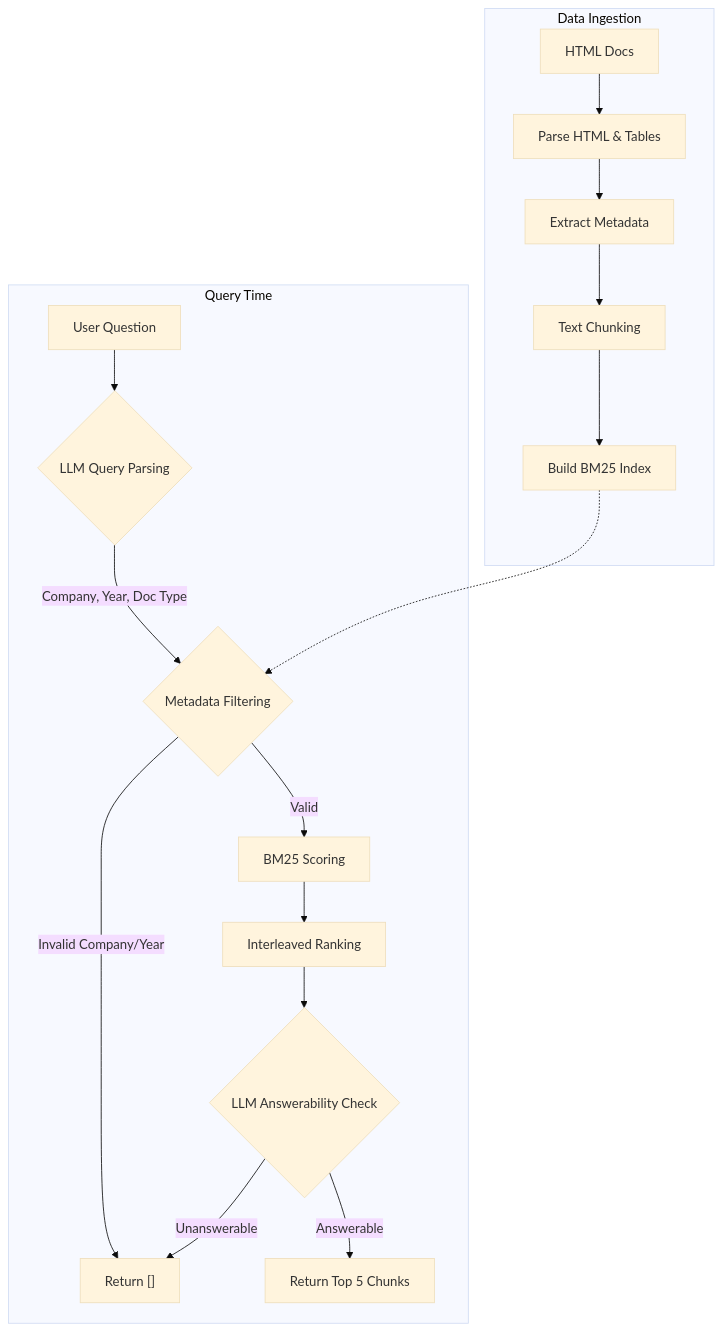
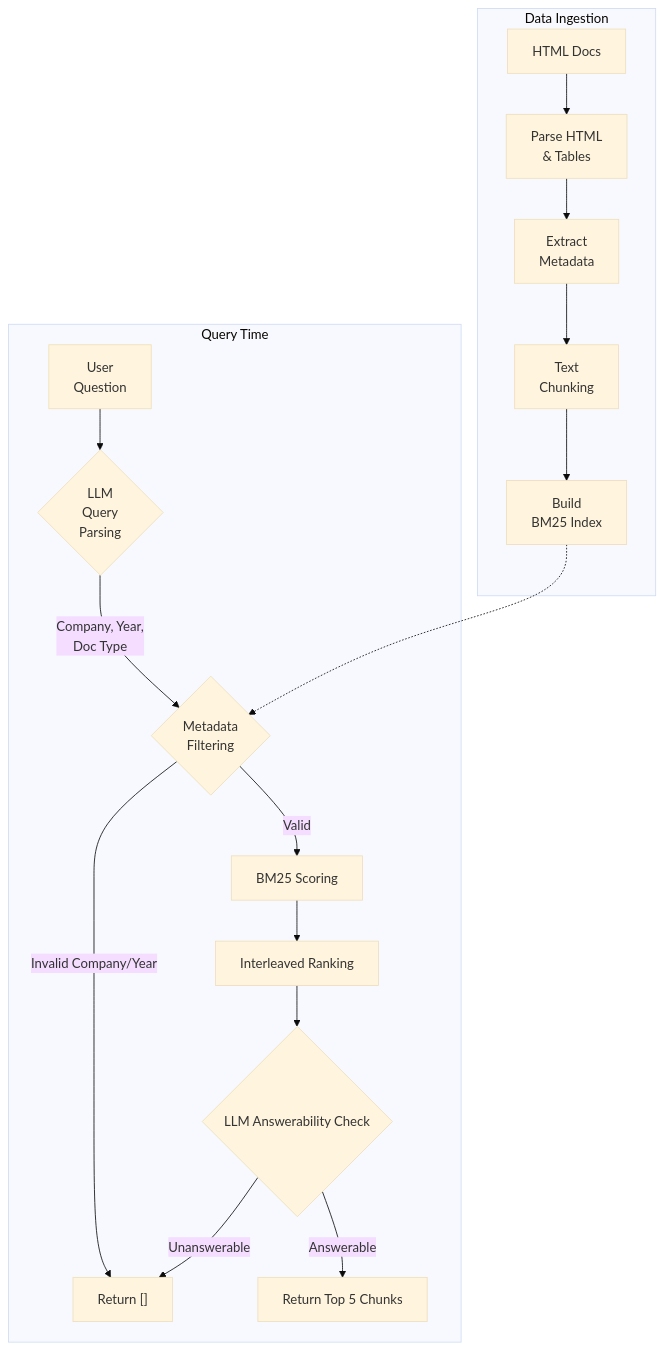
One commit to encounter10086-Candy/FTEC5660-HW4 changed the diagram in README.md. Above: the diagram before and after it, drawn with Mermaid (base theme).

````diff
--- a/README.md
+++ b/README.md
@@ -9,24 +9,24 @@
 ```mermaid
 graph TD
     subgraph Data Ingestion
-        A["HTML Docs"] --> B["Parse HTML & Tables"]
-        B --> C["Extract Metadata"]
-        C --> D["Text Chunking"]
-        D --> E["Build BM25 Index"]
+        A["HTML Docs"] --> B["Parse HTML <br>& Tables"]
+        B --> C["Extract<br>Metadata"]
+        C --> D["Text<br>Chunking"]
+        D --> E["Build<br>BM25 Index"]
     end
 
     subgraph Query Time
-        F["User Question"] --> G{"LLM Query Parsing"}
-        G -->|Company, Year, Doc Type| H{"Metadata Filtering"}
+        F["User<br>Question"] --> G{"LLM<br>Query<br>Parsing"}
+        G -->|Company, Year,<br>Doc Type| H{"Metadata<br>Filtering"}
         
         E -.-> H
         H -->|Invalid Company/Year| I["Return []"]
         H -->|Valid| J["BM25 Scoring"]
         
         J --> K["Interleaved Ranking"]
         K --> L{"LLM Answerability Check"}
         
         L -->|Unanswerable| I
         L -->|Answerable| M["Return Top 5 Chunks"]
     end
 ```
````
